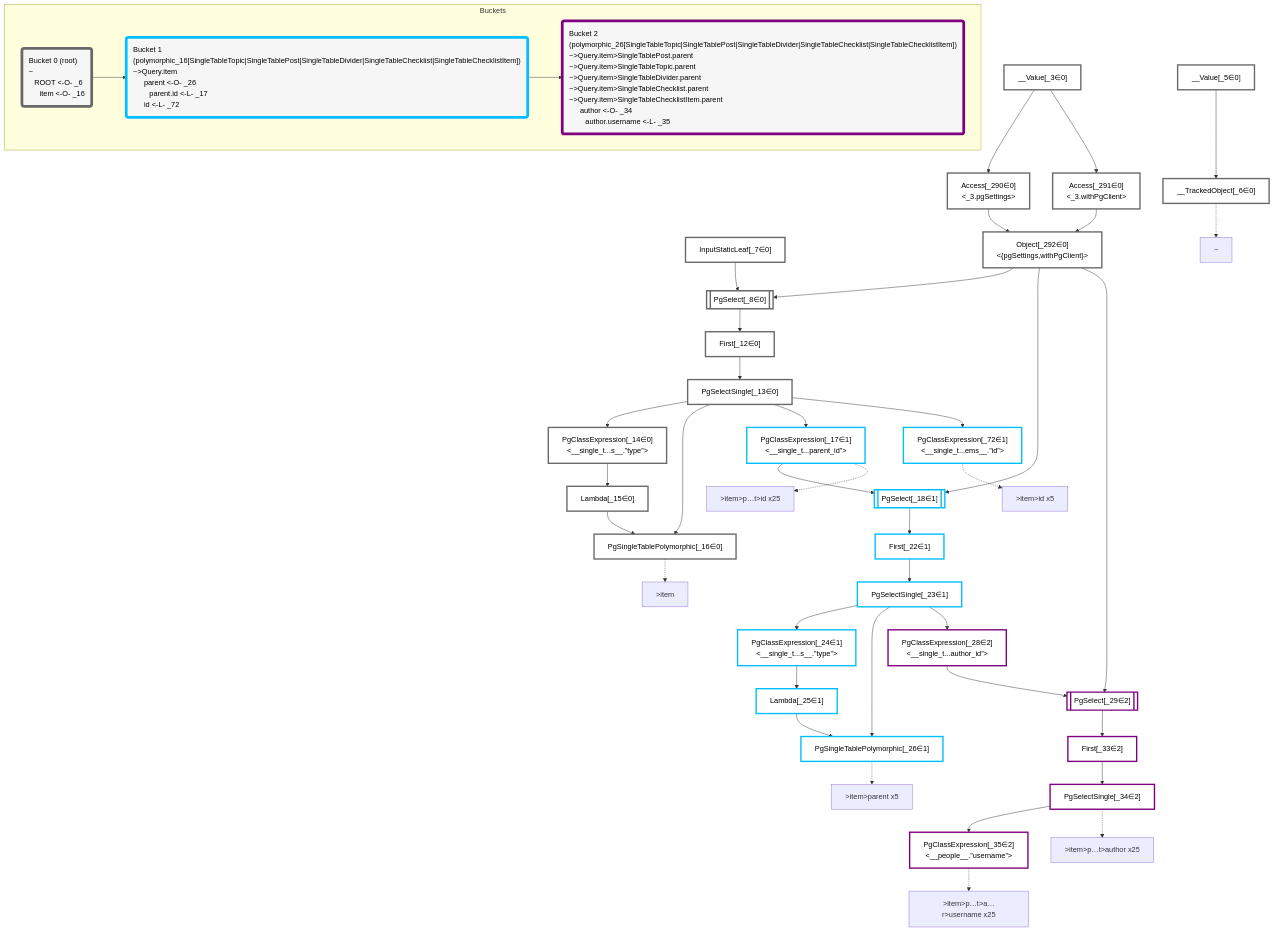
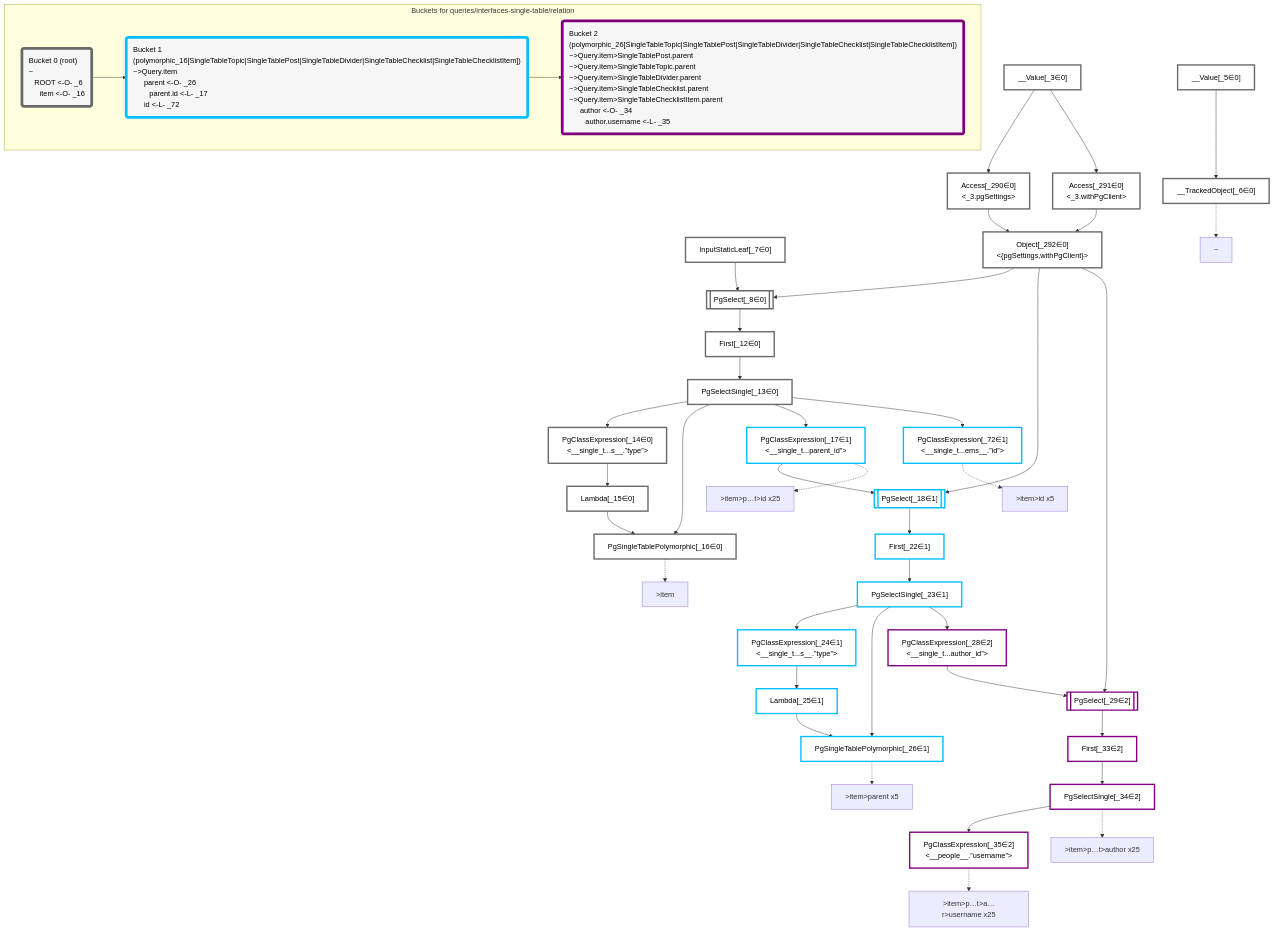
The diagram in packages/dataplan-pg/__tests__/queries/interfaces-single-table/relation.deopt.mermaid.md (graphile/crystal), drawn with Mermaid before and after one commit. The commit also changed 195 other files, not shown here.

```diff
--- a/packages/dataplan-pg/__tests__/queries/interfaces-single-table/relation.deopt.mermaid.md
+++ b/packages/dataplan-pg/__tests__/queries/interfaces-single-table/relation.deopt.mermaid.md
@@ -90,7 +90,7 @@
     classDef bucket2 stroke:#7f007f
     class PgClassExpression_28,PgSelect_29,First_33,PgSelectSingle_34,PgClassExpression_35 bucket2
 
-    subgraph Buckets
+    subgraph "Buckets for queries/interfaces-single-table/relation"
     Bucket0("Bucket 0 (root)<br />~<br />⠀ROOT <-O- _6<br />⠀⠀item <-O- _16"):::bucket
     style Bucket0 stroke:#696969
     Bucket1("Bucket 1 (polymorphic_16[SingleTableTopic|SingleTablePost|SingleTableDivider|SingleTableChecklist|SingleTableChecklistItem])<br />~>Query.item<br />⠀⠀parent <-O- _26<br />⠀⠀⠀parent.id <-L- _17<br />⠀⠀id <-L- _72"):::bucket
```
